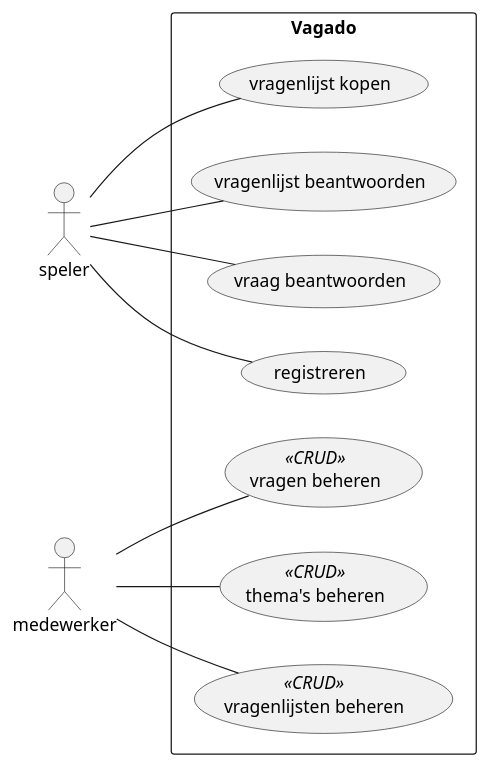
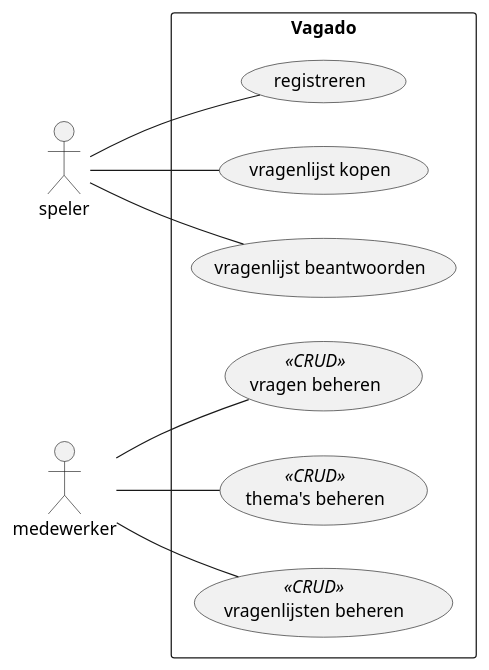
The diagram in diagrams/use_cases/use_cases.puml (Jelmergu/ooad-casus-vagado), drawn with PlantUML before and after one commit.

Commit message:
Edit usecases on recommendation of product owner

```diff
--- a/diagrams/use_cases/use_cases.puml
+++ b/diagrams/use_cases/use_cases.puml
@@ -1,28 +1,25 @@
 @startuml
 left to right direction
 
 actor speler
 actor medewerker
 
 rectangle Vagado {
     usecase "vragen beheren"<<CRUD>>
     usecase "thema's beheren"<<CRUD>>
     usecase "vragenlijsten beheren"<<CRUD>>
 
     usecase registreren
     usecase "vragenlijst kopen"
     usecase "vragenlijst beantwoorden"
-    usecase "vraag beantwoorden"
 }
 
 speler -- (registreren)
 speler -- (vragenlijst kopen)
 speler -- (vragenlijst beantwoorden)
-speler -- (vraag beantwoorden)
 
 medewerker -- (vragen beheren)
 medewerker -- (thema's beheren)
 medewerker -- (vragenlijsten beheren)
 
-
 @enduml
```
